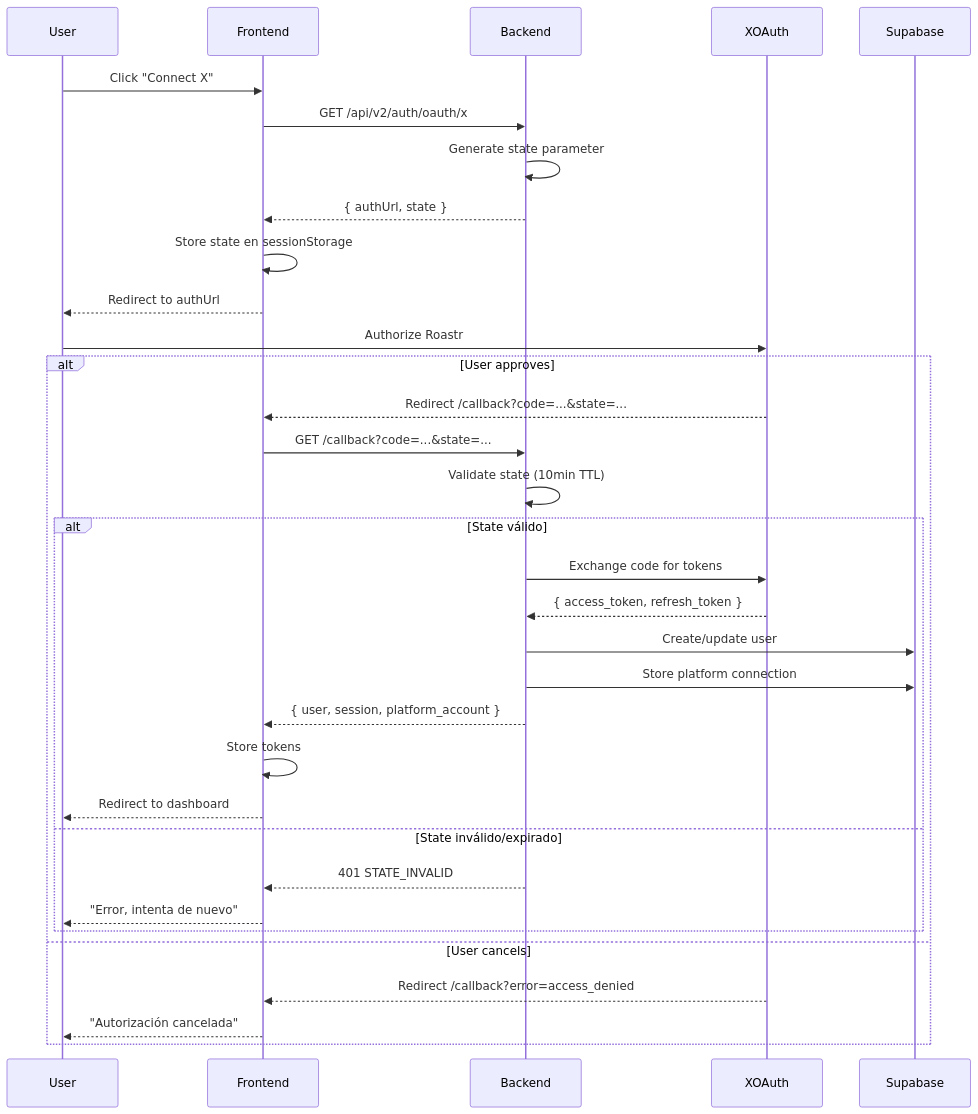
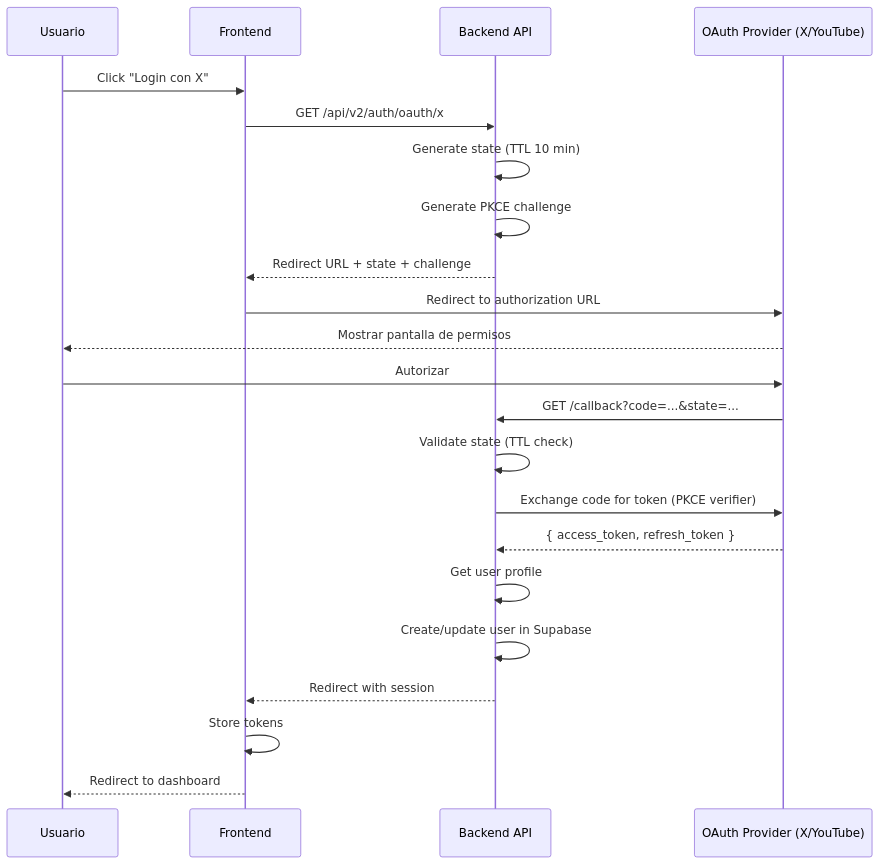
The third of 3 diagrams in docs/nodes-v2/auth/login-flows.md (Eibon7/roastr-ai), drawn with Mermaid before and after one commit. The commit also changed other lines of this file and 16 other files, not shown here.

First line of the commit message:
feat(ROA-403): Complete Auth Infra v2 - sessionRefresh, health endpoint, OAuth infra (#1233)

````diff
--- a/docs/nodes-v2/auth/login-flows.md
+++ b/docs/nodes-v2/auth/login-flows.md
@@ -408,39 +352,25 @@
 ```mermaid
 sequenceDiagram
-    participant User
-    participant Frontend
-    participant Backend
-    participant XOAuth
-    participant Supabase
+    participant U as Usuario
+    participant F as Frontend
+    participant API as Backend API
+    participant OAuth as OAuth Provider (X/YouTube)
 
-    User->>Frontend: Click "Connect X"
-    Frontend->>Backend: GET /api/v2/auth/oauth/x
-    Backend->>Backend: Generate state parameter
-    Backend-->>Frontend: { authUrl, state }
-    Frontend->>Frontend: Store state en sessionStorage
-    Frontend-->>User: Redirect to authUrl
-    
-    User->>XOAuth: Authorize Roastr
-    
-    alt User approves
-        XOAuth-->>Frontend: Redirect /callback?code=...&state=...
-        Frontend->>Backend: GET /callback?code=...&state=...
-        Backend->>Backend: Validate state (10min TTL)
-        
-        alt State válido
-            Backend->>XOAuth: Exchange code for tokens
-            XOAuth-->>Backend: { access_token, refresh_token }
-            Backend->>Supabase: Create/update user
-            Backend->>Supabase: Store platform connection
-            Backend-->>Frontend: { user, session, platform_account }
-            Frontend->>Frontend: Store tokens
-            Frontend-->>User: Redirect to dashboard
-        else State inválido/expirado
-            Backend-->>Frontend: 401 STATE_INVALID
-            Frontend-->>User: "Error, intenta de nuevo"
-        end
-    else User cancels
-        XOAuth-->>Frontend: Redirect /callback?error=access_denied
-        Frontend-->>User: "Autorización cancelada"
-    end
+    U->>F: Click "Login con X"
+    F->>API: GET /api/v2/auth/oauth/x
+    API->>API: Generate state (TTL 10 min)
+    API->>API: Generate PKCE challenge
+    API-->>F: Redirect URL + state + challenge
+    F->>OAuth: Redirect to authorization URL
+    OAuth-->>U: Mostrar pantalla de permisos
+    U->>OAuth: Autorizar
+    OAuth->>API: GET /callback?code=...&state=...
+    API->>API: Validate state (TTL check)
+    API->>OAuth: Exchange code for token (PKCE verifier)
+    OAuth-->>API: { access_token, refresh_token }
+    API->>API: Get user profile
+    API->>API: Create/update user in Supabase
+    API-->>F: Redirect with session
+    F->>F: Store tokens
+    F-->>U: Redirect to dashboard
 ```
````
